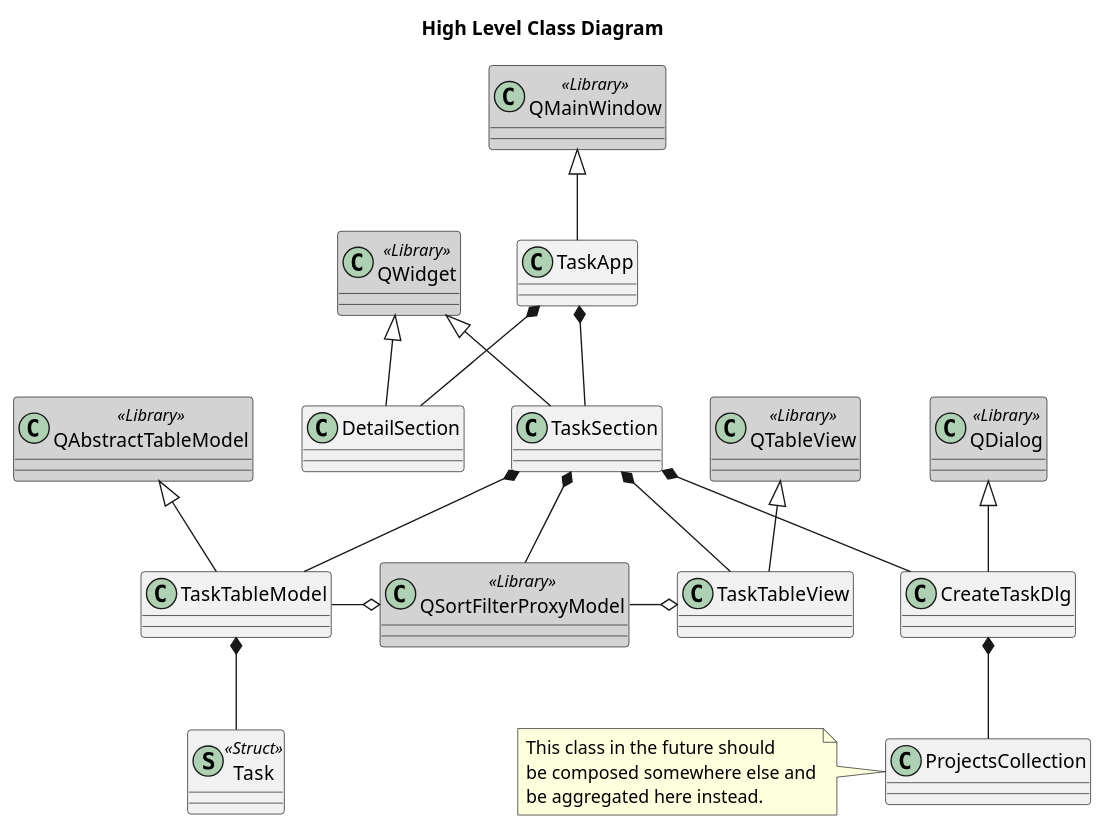
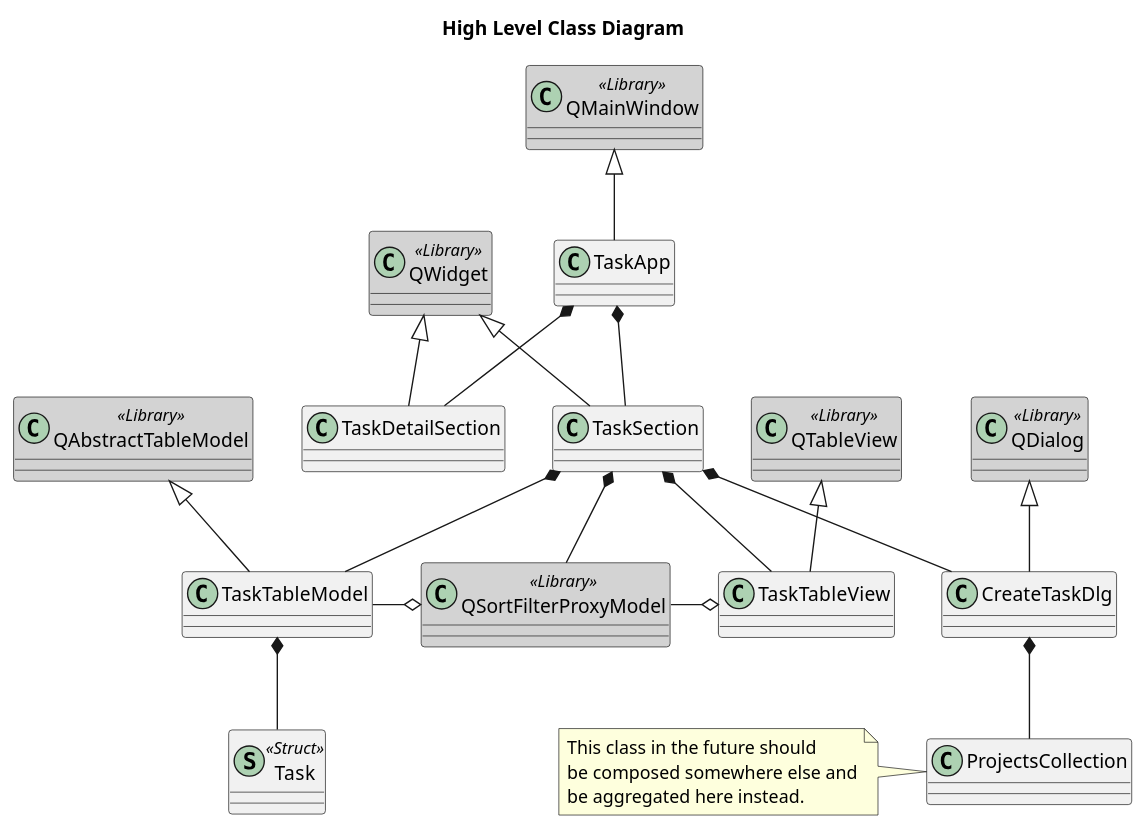
One commit to campbellmbrown/task-app changed the diagram in docs/high_level_class_diagram.puml. Above: the diagram before and after it, drawn with PlantUML. The commit also changed 12 other files, not shown here.

```diff
--- a/docs/high_level_class_diagram.puml
+++ b/docs/high_level_class_diagram.puml
@@ -1,54 +1,54 @@
 @startuml High Level Class Diagram
 
 title High Level Class Diagram
 
 skinparam class {
     BackgroundColor<<Library>> LightGray
 }
 skinparam spotChar<<Struct>> S
 
 class QAbstractTableModel <<Library>>
 class QDialog <<Library>>
 class QMainWindow <<Library>>
 class QTableView <<Library>>
 class QWidget <<Library>>
 class QSortFilterProxyModel <<Library>>
 
 class TaskApp
 class CreateTaskDlg
-class DetailSection
+class TaskDetailSection
 class TaskSection
 class TaskTableView
 class TaskTableModel
 class ProjectsCollection
 class Task <<Struct>>
 
 QMainWindow <|-- TaskApp
 QWidget <|-- TaskSection
-QWidget <|-- DetailSection
+QWidget <|-- TaskDetailSection
 QTableView <|-- TaskTableView
 QDialog <|-- CreateTaskDlg
 QAbstractTableModel <|-- TaskTableModel
 
-TaskApp *-- DetailSection
+TaskApp *-- TaskDetailSection
 TaskApp *-- TaskSection
 
 TaskSection *-- TaskTableView
 TaskSection *-- TaskTableModel
 TaskSection *-- CreateTaskDlg
 TaskSection *-- QSortFilterProxyModel
 
 QSortFilterProxyModel -o TaskTableView
 TaskTableModel -o QSortFilterProxyModel
 
 TaskTableModel *-- Task
 
 CreateTaskDlg *-- ProjectsCollection
 
 note left of ProjectsCollection
     This class in the future should
     be composed somewhere else and
     be aggregated here instead.
 end note
 
 @enduml
```
